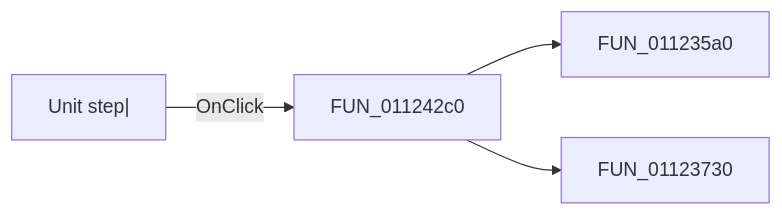
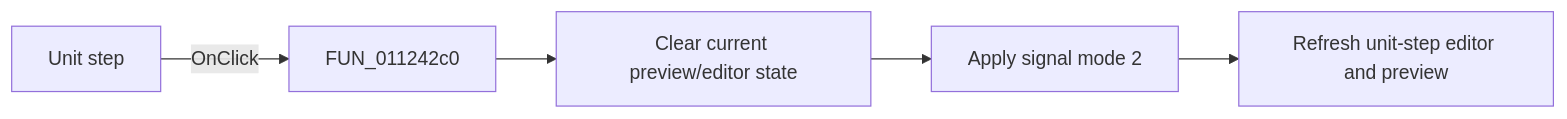
The diagram in docs/ui-controls/signaleditordlg/sbtnunitstep-5d8b454280.md (MovGP0/TIARA), drawn with Mermaid before and after one commit. The commit also changed other lines of this file and 1062 other files, not shown here.

````diff
--- a/docs/ui-controls/signaleditordlg/sbtnunitstep-5d8b454280.md
+++ b/docs/ui-controls/signaleditordlg/sbtnunitstep-5d8b454280.md
@@ -27,6 +32,7 @@
 ```mermaid
 flowchart LR
-    control["Unit step|"] -->|OnClick| handler["FUN_011242c0"]
-    handler --> call1["FUN_011235a0"]
-    handler --> call2["FUN_01123730"]
+    control["Unit step"] -->|"OnClick"| handler["FUN_011242c0"]
+    handler --> clear["Clear current preview/editor state"]
+    clear --> select["Apply signal mode 2"]
+    select --> refresh["Refresh unit-step editor and preview"]
 ```
````
